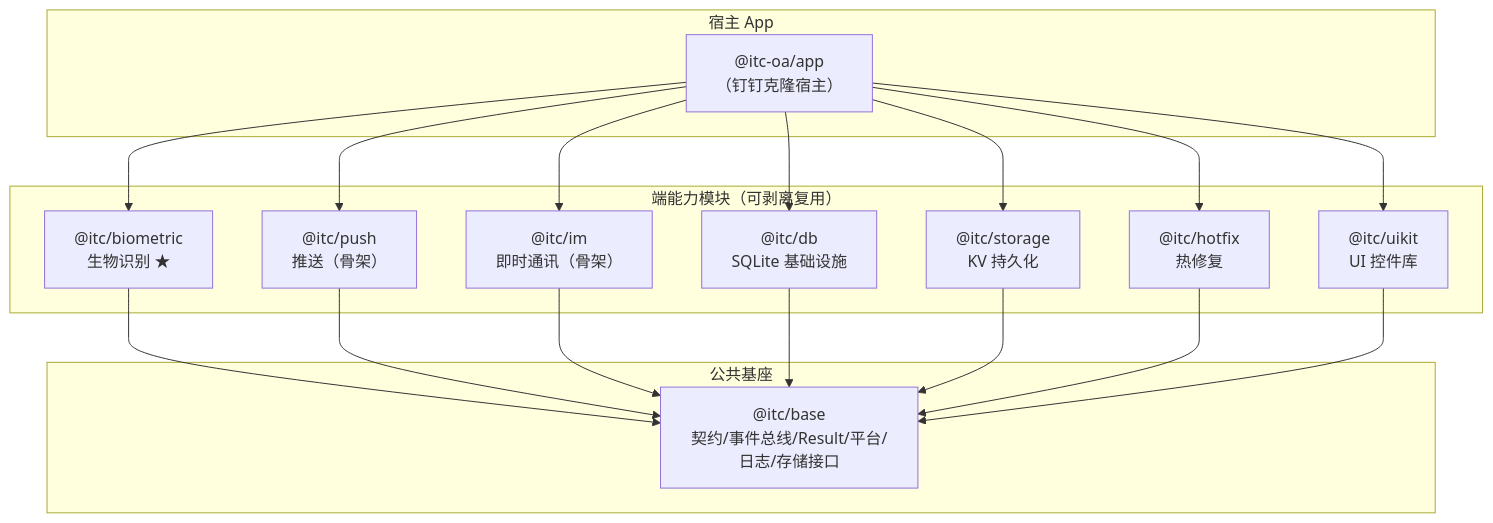
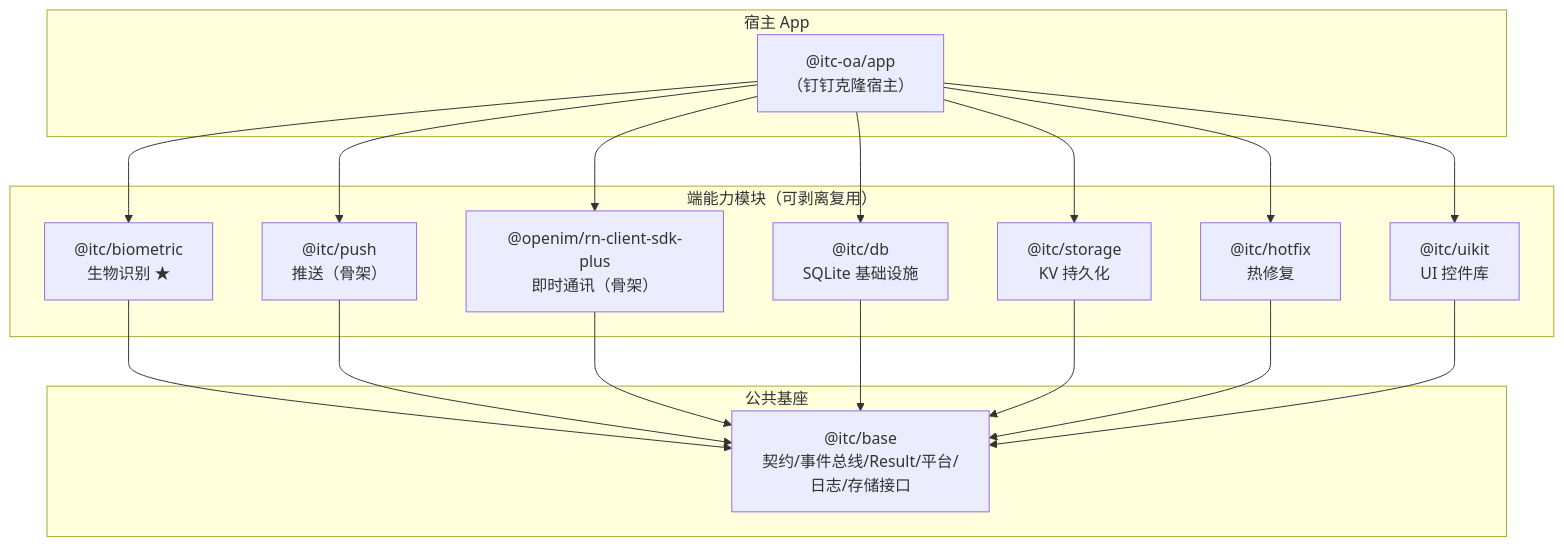
One commit to baishengye/OpenOA changed the diagram in PROJECT.md. Above: the diagram before and after it, drawn with Mermaid. The commit also changed other lines of this file and 16 other files, not shown here.

First line of the commit message:
feat: 重命名 @itc/im 为 @openim/rn-client-sdk-plus 并全面替换 OpenDingDing 为 OpenOA

````diff
--- a/PROJECT.md
+++ b/PROJECT.md
@@ -225,35 +225,35 @@
 ```mermaid
 graph TB
     subgraph App["宿主 App"]
         OA["@itc-oa/app<br/>（钉钉克隆宿主）"]
     end
 
     subgraph Features["端能力模块（可剥离复用）"]
         BIO["@itc/biometric<br/>生物识别 ★"]
         PUSH["@itc/push<br/>推送（骨架）"]
-        IM["@itc/im<br/>即时通讯（骨架）"]
+        IM["@openim/rn-client-sdk-plus<br/>即时通讯（骨架）"]
         DB["@itc/db<br/>SQLite 基础设施"]
         STORE["@itc/storage<br/>KV 持久化"]
         HOTFIX["@itc/hotfix<br/>热修复"]
         UI["@itc/uikit<br/>UI 控件库"]
     end
 
     subgraph Base["公共基座"]
         BASE["@itc/base<br/>契约/事件总线/Result/平台/日志/存储接口"]
     end
 
     OA --> BIO
     OA --> PUSH
     OA --> IM
     OA --> DB
     OA --> STORE
     OA --> HOTFIX
     OA --> UI
     BIO --> BASE
     PUSH --> BASE
     IM --> BASE
     DB --> BASE
     STORE --> BASE
     HOTFIX --> BASE
     UI --> BASE
 ```
````
